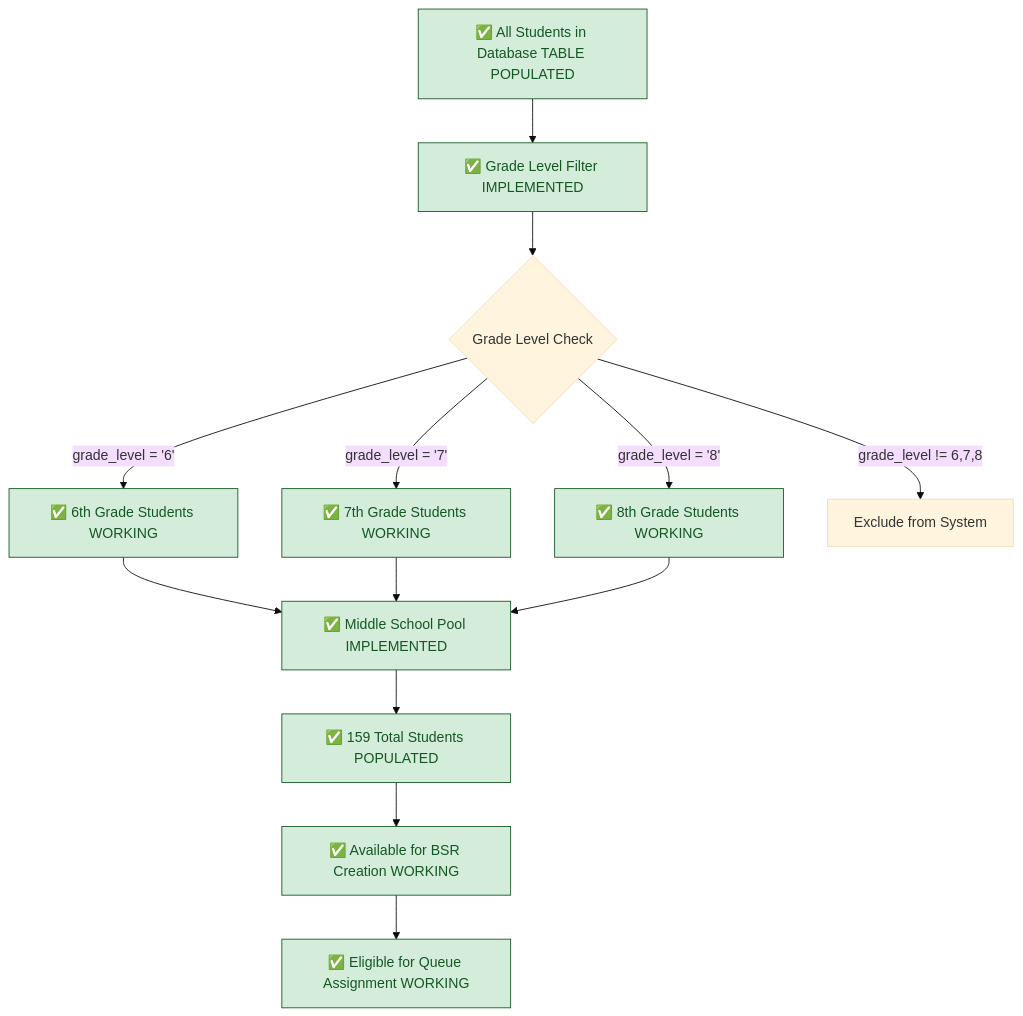
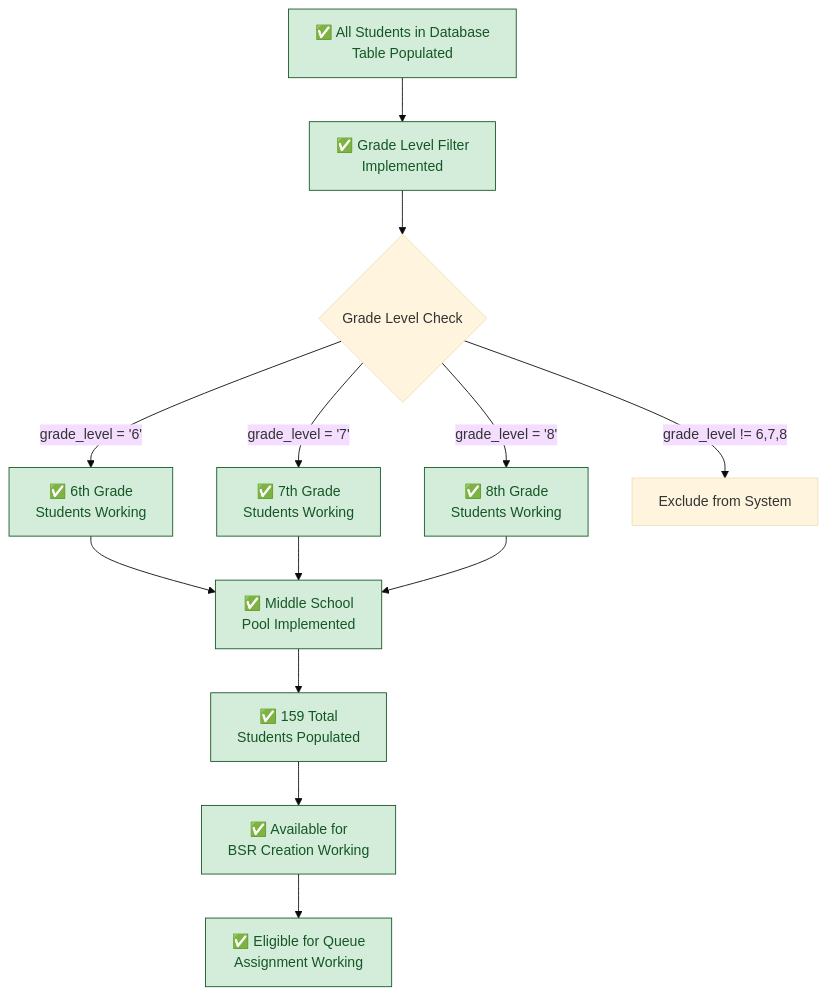
Before and after one commit to Splurfa/bx-os: the first of 6 diagrams in docs/flowcharts/Current-State/08-current-student-filtering.md, drawn with Mermaid (base theme). The commit also changed 11 other files, not shown here.

Commit message:
Fix flowchart text wrapping

````diff
--- a/docs/flowcharts/Current-State/08-current-student-filtering.md
+++ b/docs/flowcharts/Current-State/08-current-student-filtering.md
@@ -9,22 +9,22 @@
 ```mermaid
 flowchart TD
-    A[✅ All Students in Database TABLE POPULATED] --> B[✅ Grade Level Filter IMPLEMENTED]
+    A[✅ All Students in Database<br/>Table Populated] --> B[✅ Grade Level Filter<br/>Implemented]
     B --> C{Grade Level Check}
     
-    C -->|grade_level = '6'| D[✅ 6th Grade Students WORKING]
-    C -->|grade_level = '7'| E[✅ 7th Grade Students WORKING]
-    C -->|grade_level = '8'| F[✅ 8th Grade Students WORKING]
+    C -->|grade_level = '6'| D[✅ 6th Grade<br/>Students Working]
+    C -->|grade_level = '7'| E[✅ 7th Grade<br/>Students Working]
+    C -->|grade_level = '8'| F[✅ 8th Grade<br/>Students Working]
     C -->|grade_level != 6,7,8| G[Exclude from System]
     
-    D --> H[✅ Middle School Pool IMPLEMENTED]
+    D --> H[✅ Middle School<br/>Pool Implemented]
     E --> H
     F --> H
     
-    H --> I[✅ 159 Total Students POPULATED]
-    I --> J[✅ Available for BSR Creation WORKING]
-    J --> K[✅ Eligible for Queue Assignment WORKING]
+    H --> I[✅ 159 Total<br/>Students Populated]
+    I --> J[✅ Available for<br/>BSR Creation Working]
+    J --> K[✅ Eligible for Queue<br/>Assignment Working]
     
     classDef working fill:#d4edda,stroke:#155724,color:#155724
     
     class A,B,D,E,F,H,I,J,K working
 ```
````
